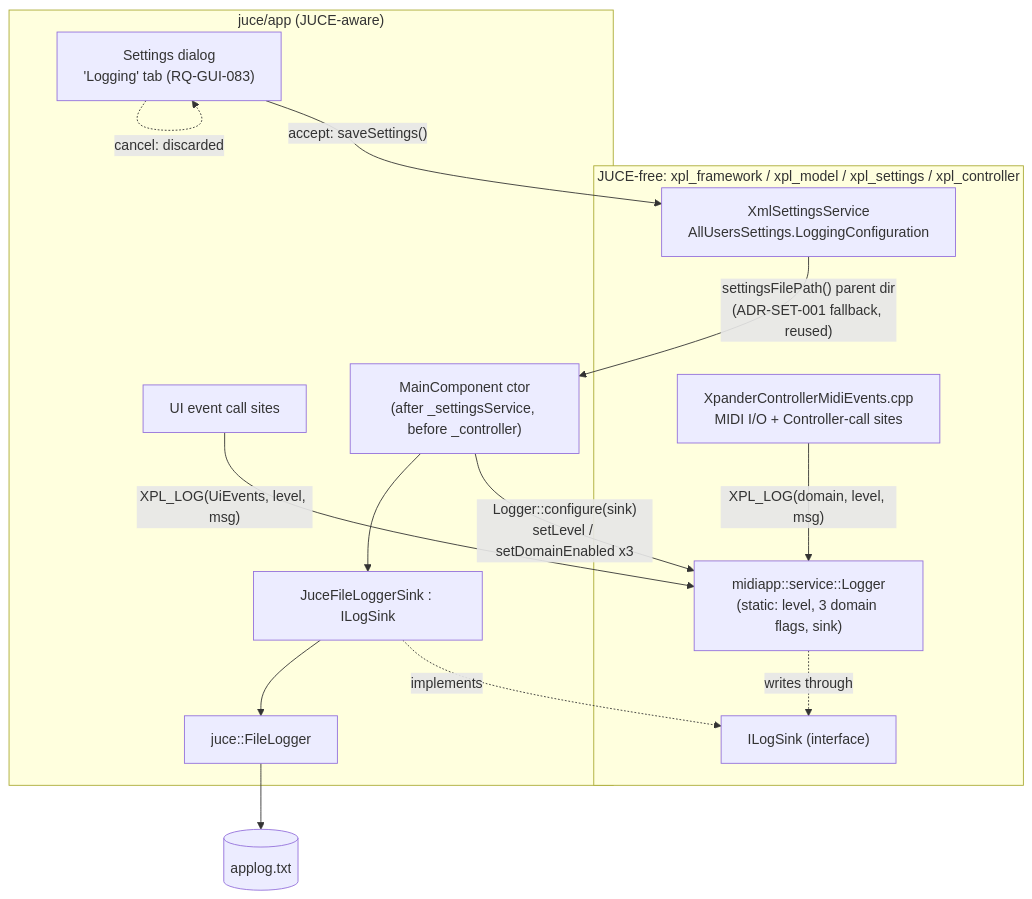
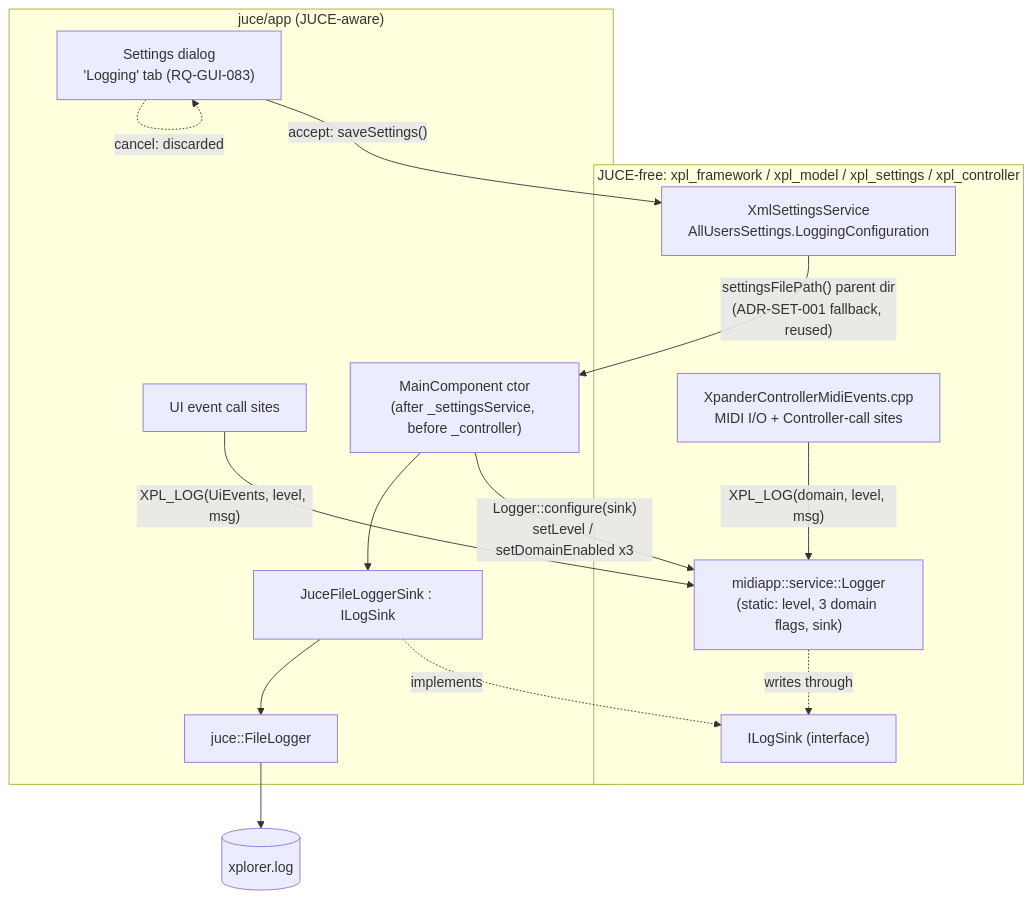
Before and after one commit to xplorer2716/XplorerEditor: the diagram in process/2.architecture/ADR-FMW-001-domain-based-diagnostic-logging.md, drawn with Mermaid. The commit also changed other lines of this file and 1 other file, not shown here.

First line of the commit message:
docs: revise ADR-FMW-001 per owner feedback (xplorer.log, no legacy writeLine)

````diff
--- a/process/2.architecture/ADR-FMW-001-domain-based-diagnostic-logging.md
+++ b/process/2.architecture/ADR-FMW-001-domain-based-diagnostic-logging.md
@@ -255,29 +268,29 @@
 ```mermaid
 flowchart TD
     subgraph JUCEFREE["JUCE-free: xpl_framework / xpl_model / xpl_settings / xpl_controller"]
         LOG["midiapp::service::Logger\n(static: level, 3 domain flags, sink)"]
         SINKIF["ILogSink (interface)"]
         MIDIEV["XpanderControllerMidiEvents.cpp\nMIDI I/O + Controller-call sites"]
         SETSVC["XmlSettingsService\nAllUsersSettings.LoggingConfiguration"]
         MIDIEV -- "XPL_LOG(domain, level, msg)" --> LOG
         LOG -. "writes through" .-> SINKIF
     end
 
     subgraph JUCEAPP["juce/app (JUCE-aware)"]
         MC["MainComponent ctor\n(after _settingsService, before _controller)"]
         UIEV["UI event call sites"]
         SINKIMPL["JuceFileLoggerSink : ILogSink"]
         FL["juce::FileLogger"]
         TAB["Settings dialog\n'Logging' tab (RQ-GUI-083)"]
     end
 
     SETSVC -- "settingsFilePath() parent dir\n(ADR-SET-001 fallback, reused)" --> MC
     MC -- "Logger::configure(sink)\nsetLevel / setDomainEnabled x3" --> LOG
     MC --> SINKIMPL
     SINKIMPL -. implements .-> SINKIF
     SINKIMPL --> FL
-    FL --> FILE[("applog.txt")]
+    FL --> FILE[("xplorer.log")]
     UIEV -- "XPL_LOG(UiEvents, level, msg)" --> LOG
     TAB -- "accept: saveSettings()" --> SETSVC
     TAB -. "cancel: discarded" .-> TAB
 ```
````
